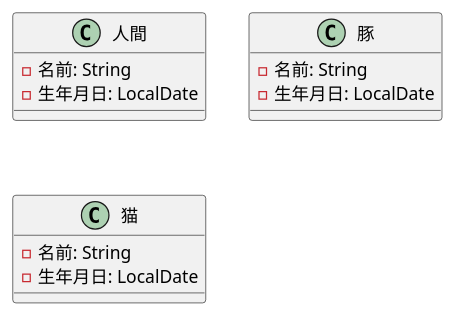
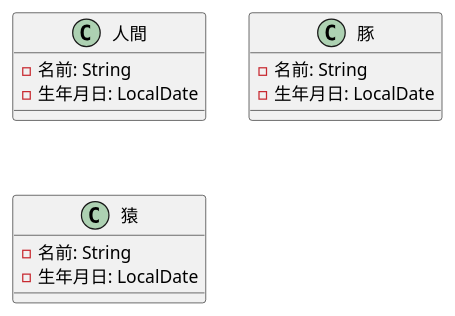
The diagram in test.puml (YamadaKyohei/plantuml-actions-test), drawn with PlantUML before and after one commit.

```diff
--- a/test.puml
+++ b/test.puml
@@ -1,18 +1,18 @@
 @startuml
 
 class 人間 {
 	- 名前: String
 	- 生年月日: LocalDate
 }
 
 class 豚 {
 	- 名前: String
 	- 生年月日: LocalDate
 }
 
-class 猫 {
+class 猿 {
 	- 名前: String
 	- 生年月日: LocalDate
 }
 
 @enduml
```
